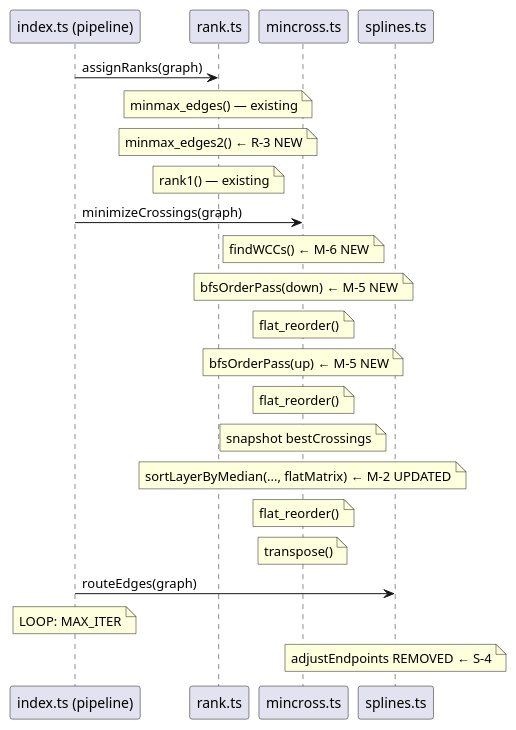
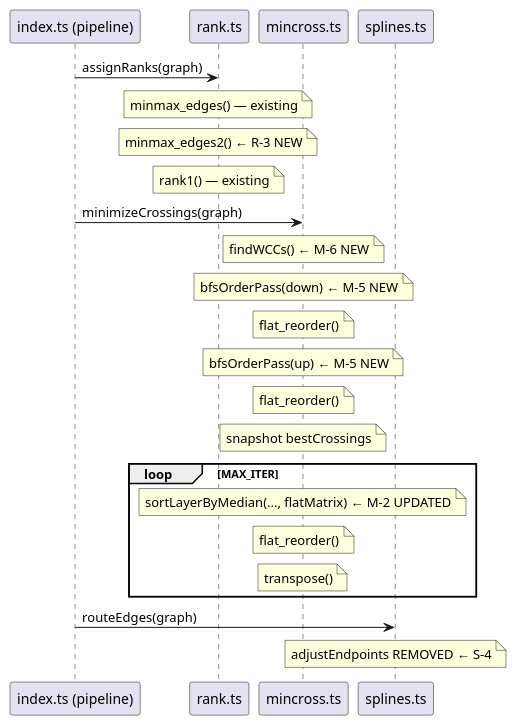
Before and after one commit to knowvah/plantuml-ts: the diagram in plans/graphviz-hardening/diagrams/data-flow.md, drawn with PlantUML. The commit also changed 13 other files, not shown here.

First line of the commit message:
docs: restore real alt/else/loop grouping in the converted diagrams

````diff
--- a/plans/graphviz-hardening/diagrams/data-flow.md
+++ b/plans/graphviz-hardening/diagrams/data-flow.md
@@ -3,28 +3,26 @@
 ```plantuml
 @startuml
-' NOTE: mermaid grouping flattened -- alt/opt/loop/group render the whole
-' diagram EMPTY in plantuml-ts today (.agent-notes/plantuml-sequence-group-empty.md).
-' Original nesting: loop MAX_ITER
 participant "index.ts (pipeline)" as I
 participant "rank.ts" as R
 participant "mincross.ts" as M
 participant "splines.ts" as S
 I -> R : assignRanks(graph)
 note over R : minmax_edges() — existing
 note over R : minmax_edges2() ← R-3 NEW
 note over R : rank1() — existing
 I -> M : minimizeCrossings(graph)
 note over M : findWCCs() ← M-6 NEW
 note over M : bfsOrderPass(down) ← M-5 NEW
 note over M : flat_reorder()
 note over M : bfsOrderPass(up) ← M-5 NEW
 note over M : flat_reorder()
 note over M : snapshot bestCrossings
+loop MAX_ITER
 note over M : sortLayerByMedian(..., flatMatrix) ← M-2 UPDATED
 note over M : flat_reorder()
 note over M : transpose()
+end
 I -> S : routeEdges(graph)
-note over I : LOOP: MAX_ITER
 note over S : adjustEndpoints REMOVED ← S-4
 @enduml
 ```
````
